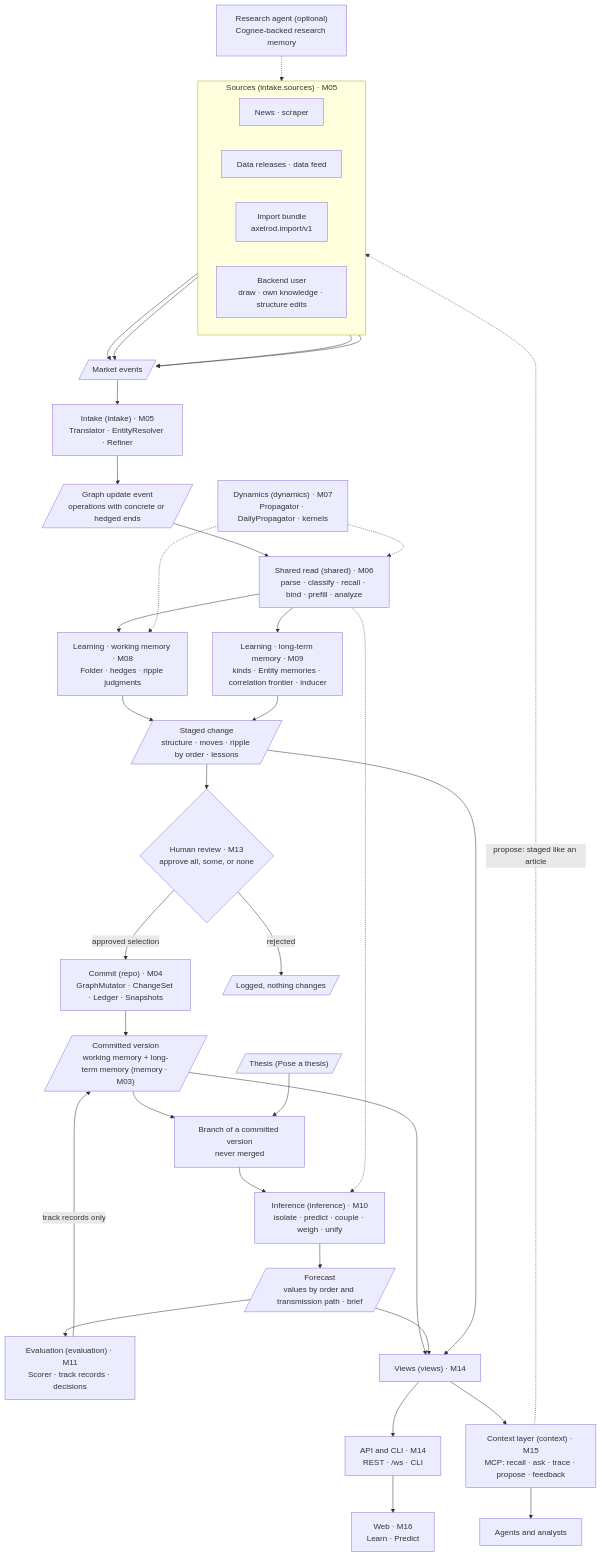
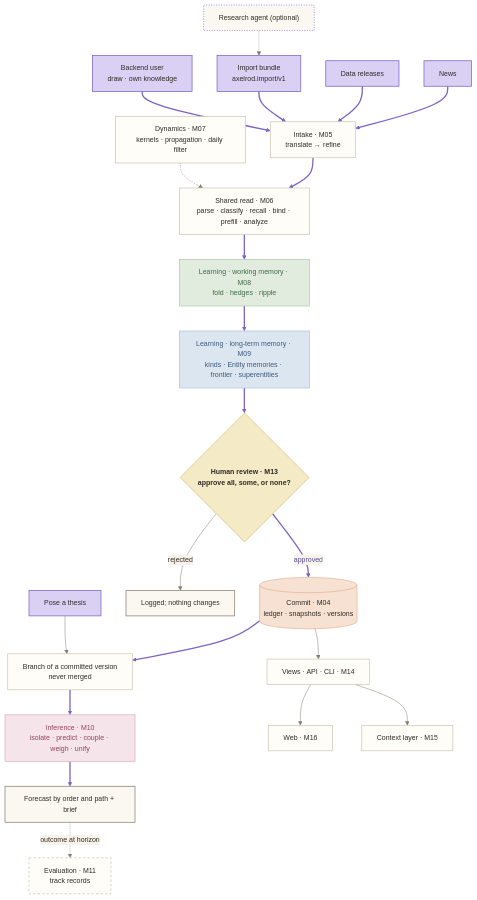
The first of 7 diagrams in docs/design/architecture.md (Axelrod-AI-Engineering/world-model), drawn with Mermaid before and after one commit. The commit also changed other lines of this file and 17 other files, not shown here.

First line of the commit message:
Diagrams in the app's flowchart style, with the happy path in purple; leaner design docs

````diff
--- a/docs/design/architecture.md
+++ b/docs/design/architecture.md
@@ -9,41 +20,36 @@
 ```mermaid
+%% style: begin (scripts/docs/style_mermaid.py)
+%%{init: {"theme": "base", "themeVariables": {"fontSize": "14px", "primaryColor": "#FFFDF8", "primaryBorderColor": "#C9BFAF", "primaryTextColor": "#2F2A25", "lineColor": "#857C70", "textColor": "#2F2A25", "secondaryColor": "#F7F2EA", "tertiaryColor": "#FBF8F2", "edgeLabelBackground": "#F7F2EA", "clusterBkg": "#F7F2EA", "clusterBorder": "#E4DACB", "titleColor": "#665E54"}}}%%
+%% style: end
 flowchart TD
-  subgraph SRC["Sources (intake.sources) · M05"]
-    direction LR
-    S1["News · scraper"]
-    S2["Data releases · data feed"]
-    S3["Import bundle<br/>axelrod.import/v1"]
-    S4["Backend user<br/>draw · own knowledge · structure edits"]
-  end
-  RA["Research agent (optional)<br/>Cognee-backed research memory"] -.-> S3
-  S1 & S2 & S3 & S4 --> ME[/"Market events"/]
-
-  ME --> INT["Intake (intake) · M05<br/>Translator · EntityResolver · Refiner"]
-  INT --> GUE[/"Graph update event<br/>operations with concrete or hedged ends"/]
-
-  GUE --> SR["Shared read (shared) · M06<br/>parse · classify · recall · bind · prefill · analyze"]
-  SR --> LWM["Learning · working memory · M08<br/>Folder · hedges · ripple judgments"]
-  SR --> LLTM["Learning · long-term memory · M09<br/>kinds · Entity memories · correlation frontier · inducer"]
-  DYN["Dynamics (dynamics) · M07<br/>Propagator · DailyPropagator · kernels"] -.-> SR & LWM
-
-  LWM & LLTM --> STG[/"Staged change<br/>structure · moves · ripple by order · lessons"/]
-  STG --> REV{"Human review · M13<br/>approve all, some, or none"}
-  REV -- "approved selection" --> REPO["Commit (repo) · M04<br/>GraphMutator · ChangeSet · Ledger · Snapshots"]
-  REV -- "rejected" --> LOG[/"Logged, nothing changes"/]
-  REPO --> MEM[/"Committed version<br/>working memory + long-term memory (memory · M03)"/]
-
-  MEM --> BR["Branch of a committed version<br/>never merged"]
-  TH[/"Thesis (Pose a thesis)"/] --> BR
-  BR --> INF["Inference (inference) · M10<br/>isolate · predict · couple · weigh · unify"]
-  SR -.-> INF
-  INF --> FC[/"Forecast<br/>values by order and transmission path · brief"/]
-  FC --> EVAL["Evaluation (evaluation) · M11<br/>Scorer · track records · decisions"]
-  EVAL -- "track records only" --> MEM
-
-  MEM & FC & STG --> VIEWS["Views (views) · M14"]
-  VIEWS --> API["API and CLI · M14<br/>REST · /ws · CLI"]
-  VIEWS --> CTX["Context layer (context) · M15<br/>MCP: recall · ask · trace · propose · feedback"]
-  API --> WEB["Web · M16<br/>Learn · Predict"]
-  CTX --> AG["Agents and analysts"]
-  CTX -. "propose: staged like an article" .-> S4
+  S1["News"]:::start & S2["Data releases"]:::start & S3["Import bundle<br/>axelrod.import/v1"]:::start & S4["Backend user<br/>draw · own knowledge"]:::start ==> INT["Intake · M05<br/>translate → refine"]:::step
+  INT ==> SR["Shared read · M06<br/>parse · classify · recall · bind · prefill · analyze"]:::step
+  SR ==> LWM["Learning · working memory · M08<br/>fold · hedges · ripple"]:::wm
+  LWM ==> LLTM["Learning · long-term memory · M09<br/>kinds · Entity memories · frontier · superentities"]:::ltm
+  LLTM ==> REV{"Human review · M13<br/>approve all, some, or none?"}:::check
+  REV ==>|approved| REPO[("Commit · M04<br/>ledger · snapshots · versions")]:::store
+  REPO ==> BR["Branch of a committed version<br/>never merged"]:::step
+  BR ==> INF["Inference · M10<br/>isolate · predict · couple · weigh · unify"]:::both
+  INF ==> FC["Forecast by order and path + brief"]:::done
+  RA["Research agent (optional)"]:::ext -.-> S3
+  DYN["Dynamics · M07<br/>kernels · propagation · daily filter"]:::step -.-> SR
+  REV -->|rejected| LOG["Logged; nothing changes"]:::done
+  TH["Pose a thesis"]:::start --> BR
+  FC -.->|outcome at horizon| EVAL["Evaluation · M11<br/>track records"]:::opt
+  REPO --> API["Views · API · CLI · M14"]:::step
+  API --> WEB["Web · M16"]:::step
+  API --> CTX["Context layer · M15"]:::step
+  %% style: classes and happy path
+  classDef start fill:#DAD0F4,stroke:#7C64C4,stroke-width:1.5px,color:#2F2A25
+  classDef step fill:#FFFDF8,stroke:#C9BFAF,stroke-width:1.3px,color:#2F2A25
+  classDef opt fill:#FFFDF8,stroke:#C9BFAF,stroke-width:1.3px,stroke-dasharray:5 4,color:#2F2A25
+  classDef check fill:#F5EAC6,stroke:#D2BB72,stroke-width:1.3px,color:#2F2A25,font-weight:600
+  classDef store fill:#F7E1D3,stroke:#E0B092,stroke-width:1.3px,color:#2F2A25
+  classDef done fill:#FBF8F2,stroke:#93897C,stroke-width:1.6px,color:#2F2A25
+  classDef wm fill:#E1ECDF,stroke:#A9C6A9,stroke-width:1.3px,color:#3E6A46
+  classDef ltm fill:#DCE6F0,stroke:#A9BFD6,stroke-width:1.3px,color:#3B5B7C
+  classDef both fill:#F5E4E9,stroke:#D9A9B8,stroke-width:1.3px,color:#93465F
+  classDef ext fill:#FBF8F2,stroke:#7C64C4,stroke-width:1.3px,stroke-dasharray:2 3,color:#2F2A25
+  linkStyle 0,1,2,3,4,5,6,7,8,9,10,11 stroke:#7C64C4,stroke-width:2.6px,color:#5B4A99
+  %% style: end
 ```
````
